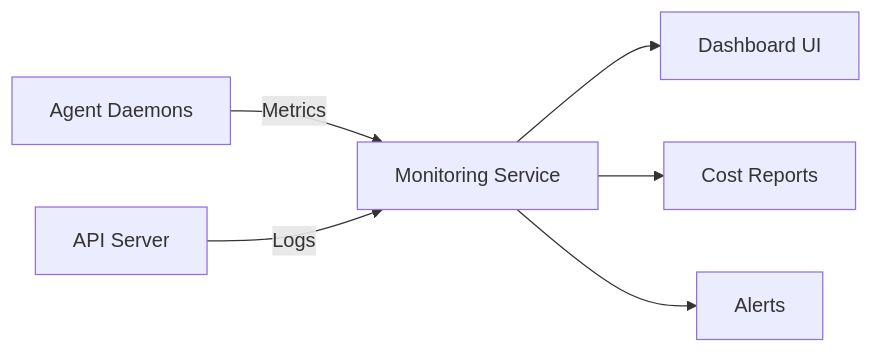
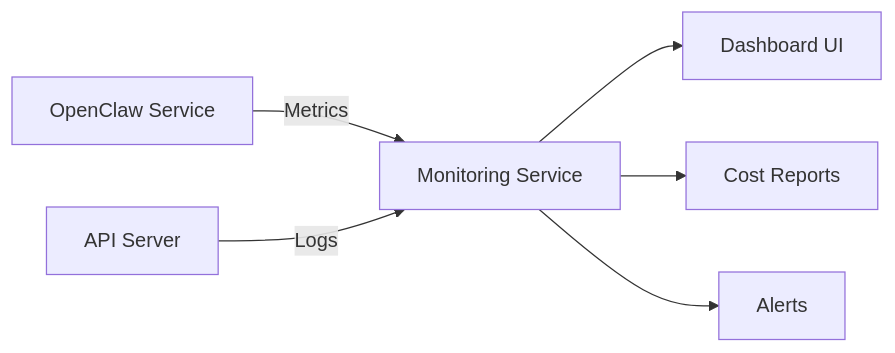
Before and after one commit to pde-rent/monokeros: the sixth of 7 diagrams in docs/roadmap/future.md, drawn with Mermaid. The commit also changed other lines of this file and 31 other files, not shown here.

First line of the commit message:
feat: rewrite docs for OpenClaw, add acceptance criteria and artifact models

````diff
--- a/docs/roadmap/future.md
+++ b/docs/roadmap/future.md
@@ -201,8 +201,8 @@
 ```mermaid
 flowchart LR
-    A[Agent Daemons] -->|Metrics| B[Monitoring Service]
+    A[OpenClaw Service] -->|Metrics| B[Monitoring Service]
     C[API Server] -->|Logs| B
     B --> D[Dashboard UI]
     B --> E[Cost Reports]
     B --> F[Alerts]
 ```
````
